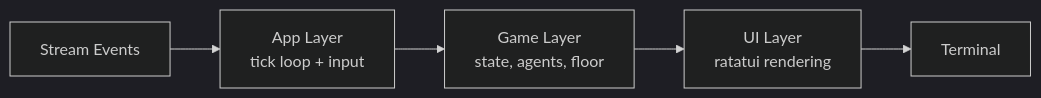
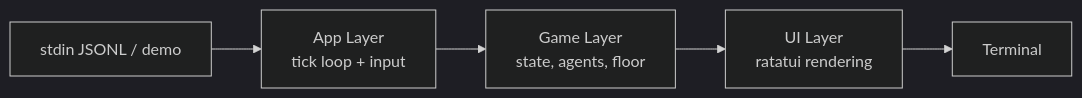
Before and after one commit to anduong96/agents-story: the diagram in README.md, drawn with Mermaid (dark theme). The commit also changed other lines of this file and 4 other files, not shown here.

````diff
--- a/README.md
+++ b/README.md
@@ -88,7 +102,7 @@
 ```mermaid
 graph LR
-    A[Stream Events] --> B[App Layer<br/>tick loop + input]
+    A[stdin JSONL / demo] --> B[App Layer<br/>tick loop + input]
     B --> C[Game Layer<br/>state, agents, floor]
     C --> D[UI Layer<br/>ratatui rendering]
     D --> E[Terminal]
 ```
````
